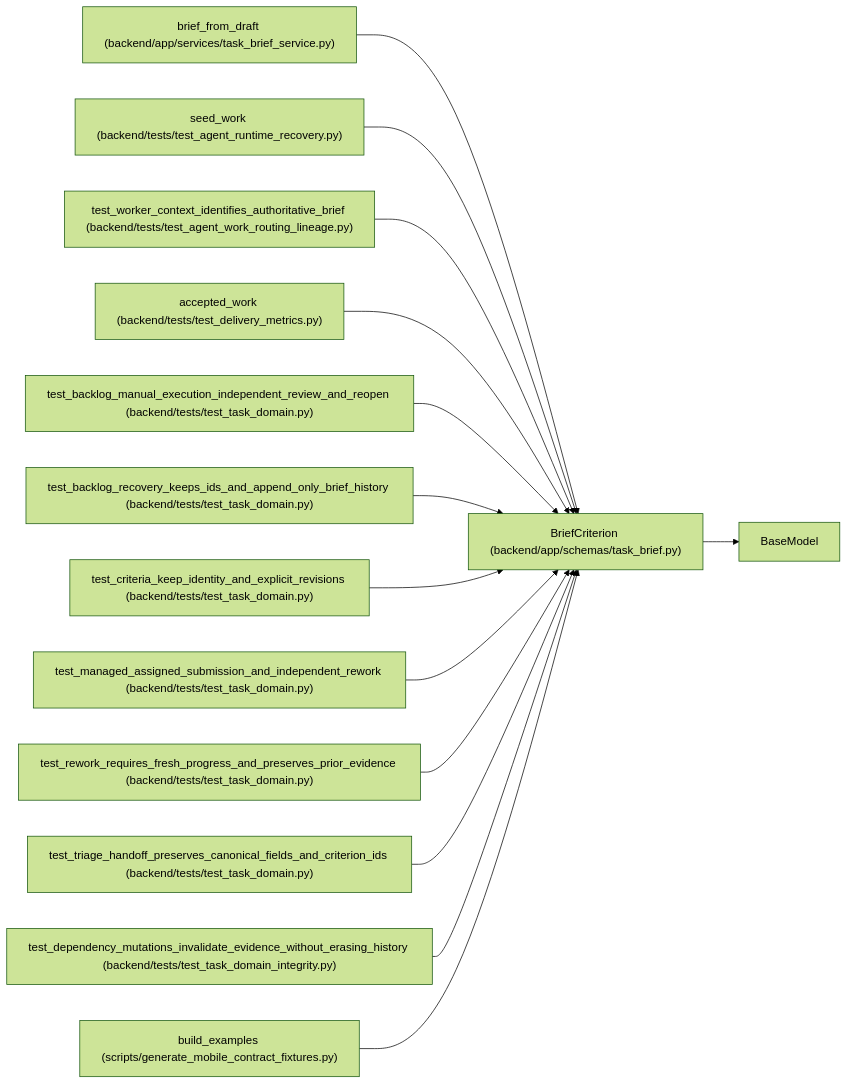
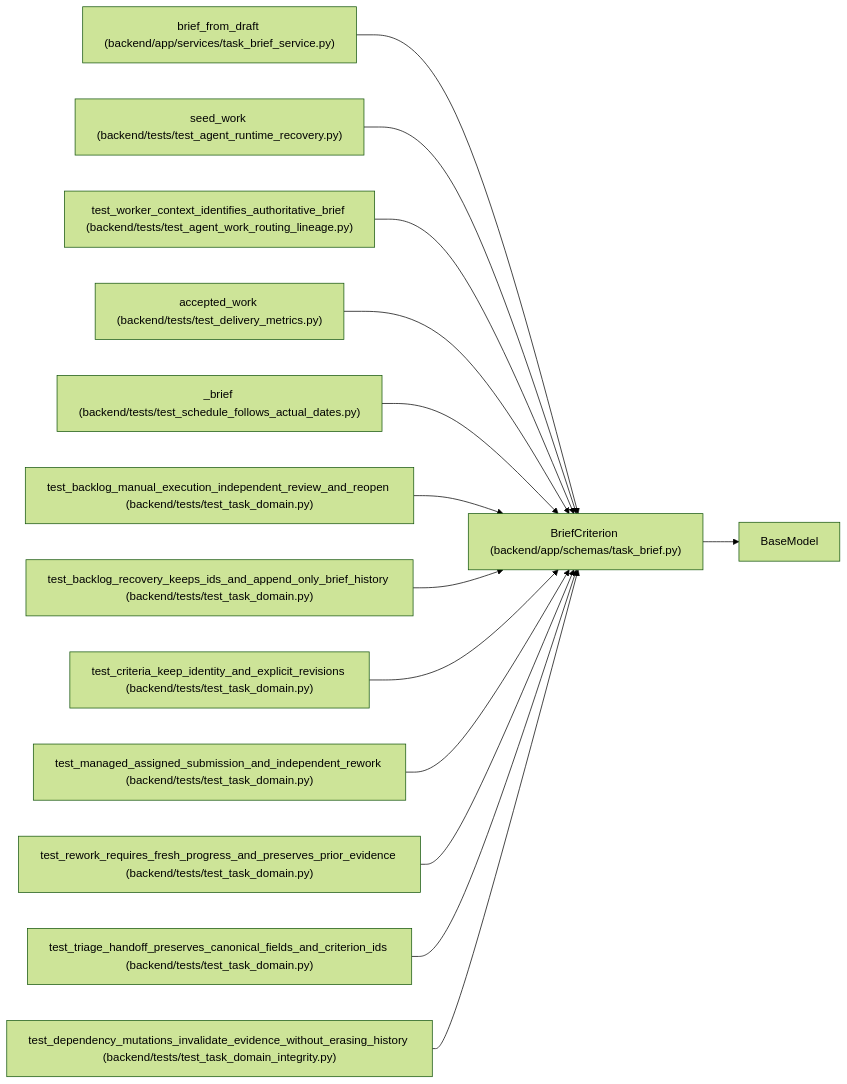
The diagram in docs/llm_wiki/entities/schemas_task_brief_BriefCriterion.md (Denissvgn/WorkChord), drawn with Mermaid (forest theme) before and after one commit. The commit also changed other lines of this file and 623 other files, not shown here.

First line of the commit message:
docs(wiki): refresh for early start and dates that follow actual work

````diff
--- a/docs/llm_wiki/entities/schemas_task_brief_BriefCriterion.md
+++ b/docs/llm_wiki/entities/schemas_task_brief_BriefCriterion.md
@@ -42,43 +42,43 @@
 ```mermaid
 flowchart LR
     n0["BriefCriterion (backend/app/schemas/task_brief.py)"]
     n1["BaseModel"]
     n2["brief_from_draft (backend/app/services/task_brief_service.py)"]
     n3["seed_work (backend/tests/test_agent_runtime_recovery.py)"]
     n4["test_worker_context_identifies_authoritative_brief (backend/tests/test_agent_work_routing_lineage.py)"]
     n5["accepted_work (backend/tests/test_delivery_metrics.py)"]
-    n6["test_backlog_manual_execution_independent_review_and_reopen (backend/tests/test_task_domain.py)"]
-    n7["test_backlog_recovery_keeps_ids_and_append_only_brief_history (backend/tests/test_task_domain.py)"]
-    n8["test_criteria_keep_identity_and_explicit_revisions (backend/tests/test_task_domain.py)"]
-    n9["test_managed_assigned_submission_and_independent_rework (backend/tests/test_task_domain.py)"]
-    n10["test_rework_requires_fresh_progress_and_preserves_prior_evidence (backend/tests/test_task_domain.py)"]
-    n11["test_triage_handoff_preserves_canonical_fields_and_criterion_ids (backend/tests/test_task_domain.py)"]
-    n12["test_dependency_mutations_invalidate_evidence_without_erasing_history (backend/tests/test_task_domain_integrity.py)"]
-    n13["build_examples (scripts/generate_mobile_contract_fixtures.py)"]
+    n6["_brief (backend/tests/test_schedule_follows_actual_dates.py)"]
+    n7["test_backlog_manual_execution_independent_review_and_reopen (backend/tests/test_task_domain.py)"]
+    n8["test_backlog_recovery_keeps_ids_and_append_only_brief_history (backend/tests/test_task_domain.py)"]
+    n9["test_criteria_keep_identity_and_explicit_revisions (backend/tests/test_task_domain.py)"]
+    n10["test_managed_assigned_submission_and_independent_rework (backend/tests/test_task_domain.py)"]
+    n11["test_rework_requires_fresh_progress_and_preserves_prior_evidence (backend/tests/test_task_domain.py)"]
+    n12["test_triage_handoff_preserves_canonical_fields_and_criterion_ids (backend/tests/test_task_domain.py)"]
+    n13["test_dependency_mutations_invalidate_evidence_without_erasing_history (backend/tests/test_task_domain_integrity.py)"]
     n0 --> n1
     n2 --> n0
     n3 --> n0
     n4 --> n0
     n5 --> n0
     n6 --> n0
     n7 --> n0
     n8 --> n0
     n9 --> n0
     n10 --> n0
     n11 --> n0
     n12 --> n0
     n13 --> n0
     click n0 "../modules/schemas_task_brief.md"
     click n2 "../modules/task_brief_service.md"
     click n3 "../modules/test_agent_runtime_recovery.md"
     click n4 "../modules/test_agent_work_routing_lineage.md"
     click n5 "../modules/test_delivery_metrics.md"
-    click n6 "../modules/test_task_domain.md"
+    click n6 "../modules/test_schedule_follows_actual_dates.md"
     click n7 "../modules/test_task_domain.md"
     click n8 "../modules/test_task_domain.md"
     click n9 "../modules/test_task_domain.md"
     click n10 "../modules/test_task_domain.md"
     click n11 "../modules/test_task_domain.md"
-    click n12 "../modules/test_task_domain_integrity.md"
-    click n13 "../modules/generate_mobile_contract_fixtures.md"
+    click n12 "../modules/test_task_domain.md"
+    click n13 "../modules/test_task_domain_integrity.md"
 ```
````
